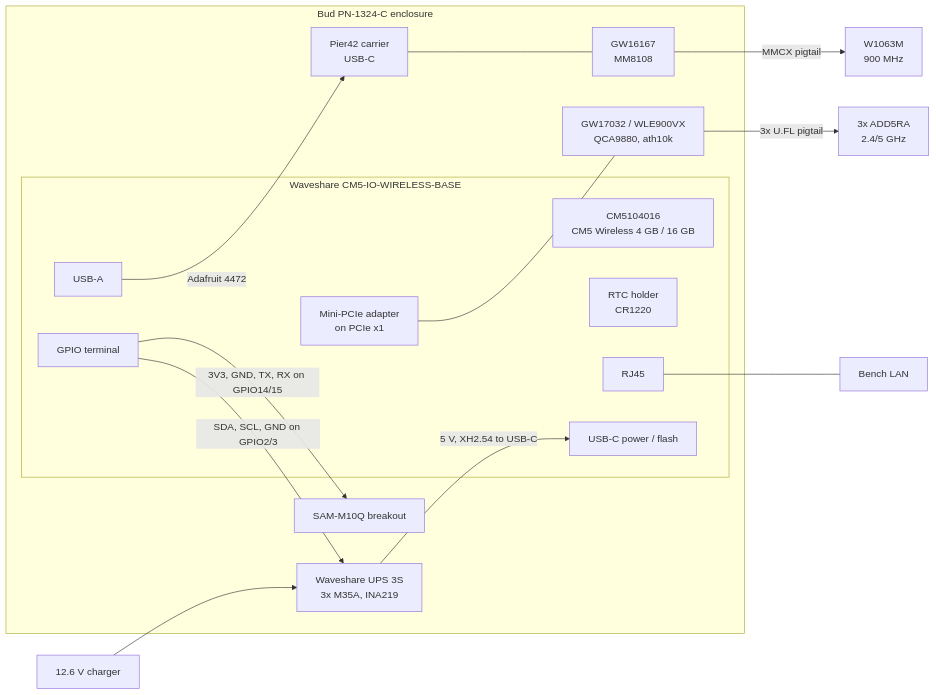
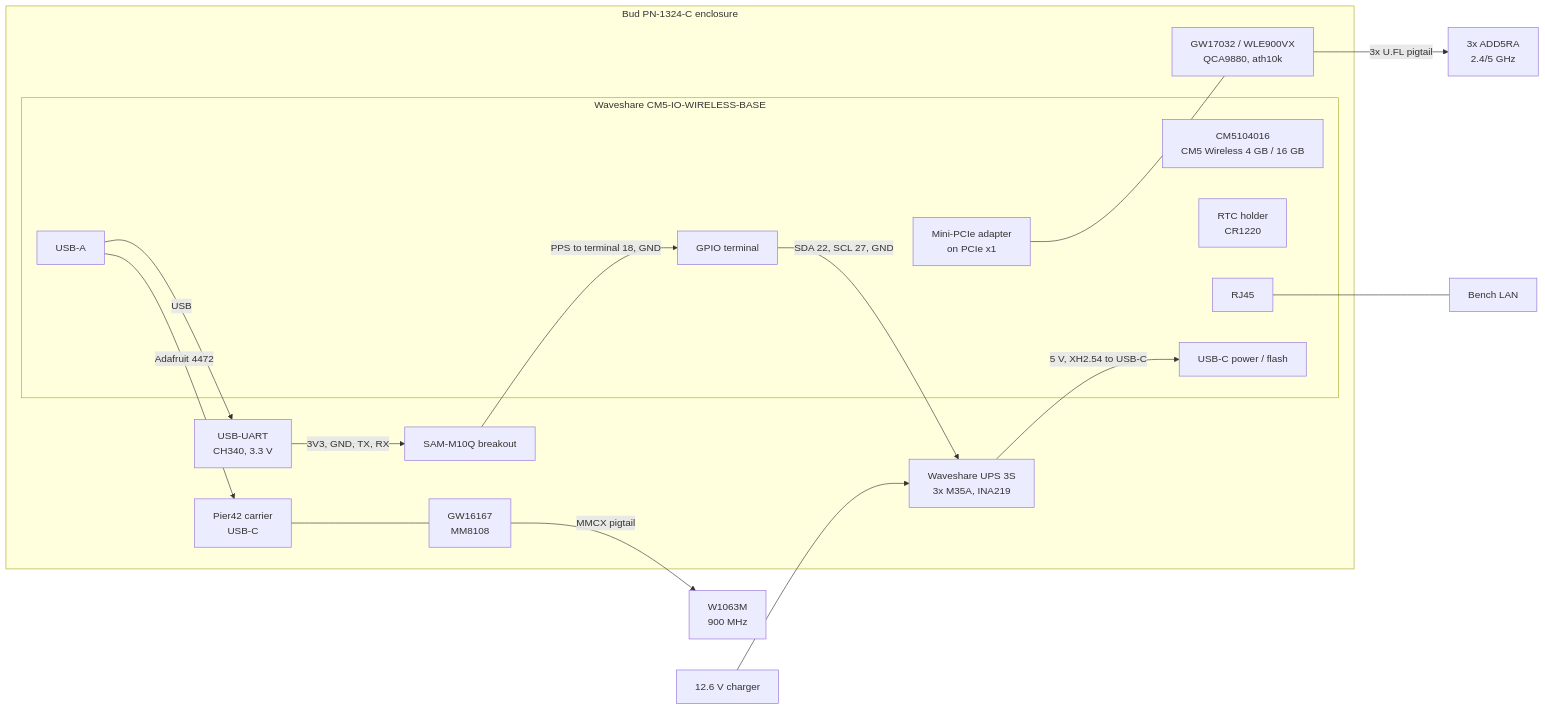
Before and after one commit to ghostnet-labs/docs: the first of 2 diagrams in project/poc/bench-bom-and-topology.md, drawn with Mermaid. The commit also changed other lines of this file, not shown here.

````diff
--- a/project/poc/bench-bom-and-topology.md
+++ b/project/poc/bench-bom-and-topology.md
@@ -67,29 +87,32 @@
 ```mermaid
 flowchart LR
   subgraph ENC[Bud PN-1324-C enclosure]
     subgraph CAR[Waveshare CM5-IO-WIRELESS-BASE]
       CM5[CM5104016<br/>CM5 Wireless 4 GB / 16 GB]
       MPCIE[Mini-PCIe adapter<br/>on PCIe x1]
       USBA[USB-A]
       GPIO[GPIO terminal]
       RTC[RTC holder<br/>CR1220]
       RJ45[RJ45]
       USBC[USB-C power / flash]
     end
     WIFI[GW17032 / WLE900VX<br/>QCA9880, ath10k]
     PIER[Pier42 carrier<br/>USB-C]
     HALOW[GW16167<br/>MM8108]
     GNSS[SAM-M10Q breakout]
+    SB[USB-UART<br/>CH340, 3.3 V]
     UPS[Waveshare UPS 3S<br/>3x M35A, INA219]
   end
   MPCIE --- WIFI
   WIFI -- 3x U.FL pigtail --> WANT[3x ADD5RA<br/>2.4/5 GHz]
   USBA -- Adafruit 4472 --> PIER
   PIER --- HALOW
   HALOW -- MMCX pigtail --> HANT[W1063M<br/>900 MHz]
-  GPIO -- 3V3, GND, TX, RX on GPIO14/15 --> GNSS
-  GPIO -- SDA, SCL, GND on GPIO2/3 --> UPS
+  USBA -- USB --> SB
+  SB -- 3V3, GND, TX, RX --> GNSS
+  GNSS -- PPS to terminal 18, GND --> GPIO
+  GPIO -- SDA 22, SCL 27, GND --> UPS
   UPS -- 5 V, XH2.54 to USB-C --> USBC
   RJ45 --- LAN[Bench LAN]
   CHG[12.6 V charger] --> UPS
 ```
````
